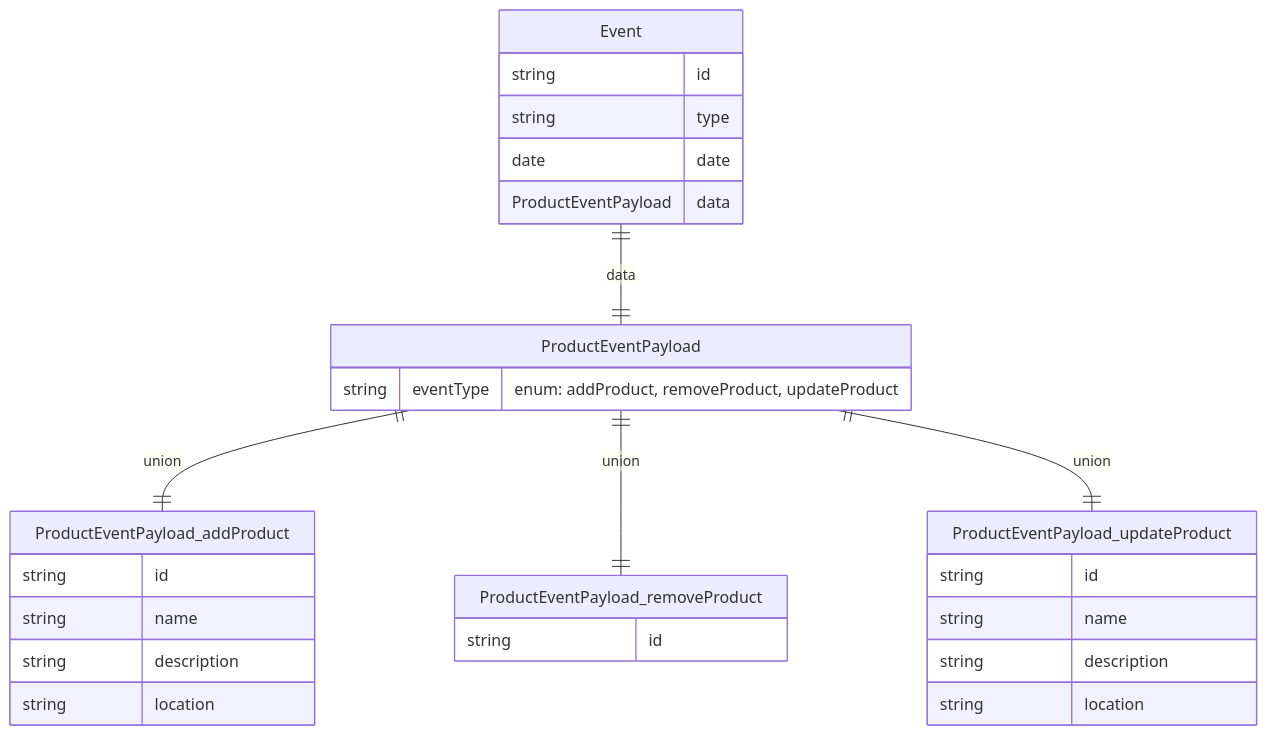
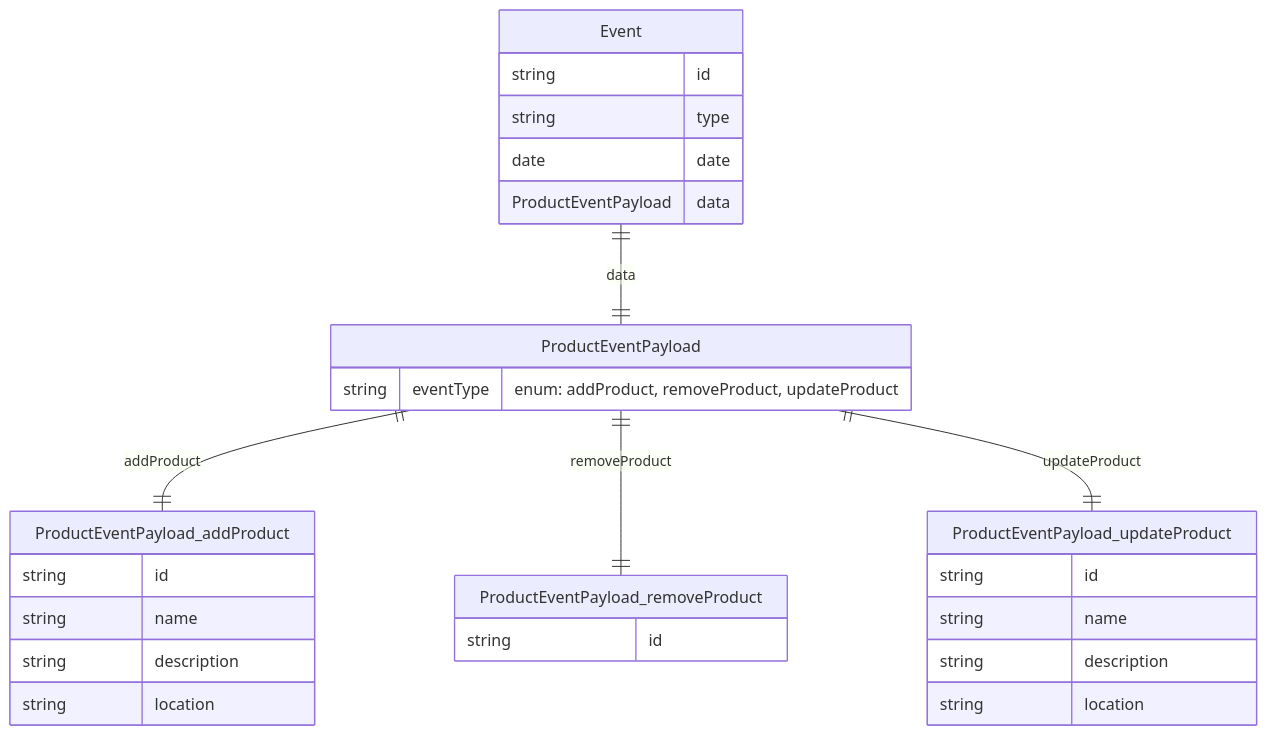
One commit to kothar/zod-mermaid changed the sixth of 10 diagrams in README.md. Above: the diagram before and after it, drawn with Mermaid. The commit also changed other lines of this file and 6 other files, not shown here.

First line of the commit message:
[feat] Introduce ID reference functionality in mermaid-generator

````diff
--- a/README.md
+++ b/README.md
@@ -253,31 +253,31 @@
 ```mermaid
 erDiagram
     Event {
         string id
         string type
         date date
         ProductEventPayload data
     }
     ProductEventPayload {
         string eventType "enum: addProduct, removeProduct, updateProduct"
     }
     ProductEventPayload_addProduct {
         string id
         string name
         string description
         string location
     }
     ProductEventPayload_removeProduct {
         string id
     }
     ProductEventPayload_updateProduct {
         string id
         string name
         string description
         string location
     }
     Event ||--|| ProductEventPayload : "data"
-    ProductEventPayload ||--|| ProductEventPayload_addProduct : union
-    ProductEventPayload ||--|| ProductEventPayload_removeProduct : union
-    ProductEventPayload ||--|| ProductEventPayload_updateProduct : union
+    ProductEventPayload ||--|| ProductEventPayload_addProduct : "addProduct"
+    ProductEventPayload ||--|| ProductEventPayload_removeProduct : "removeProduct"
+    ProductEventPayload ||--|| ProductEventPayload_updateProduct : "updateProduct"
 ```
````
